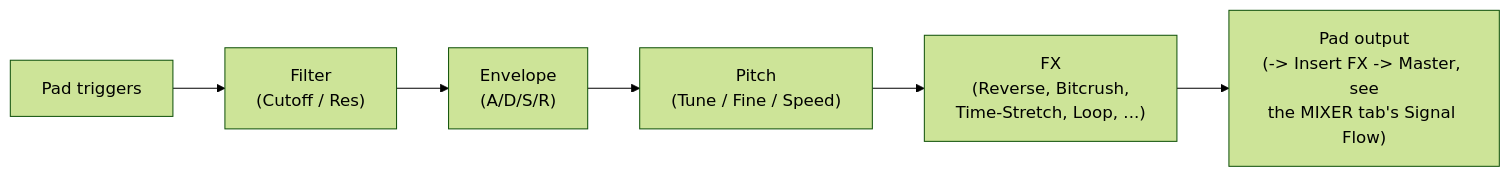
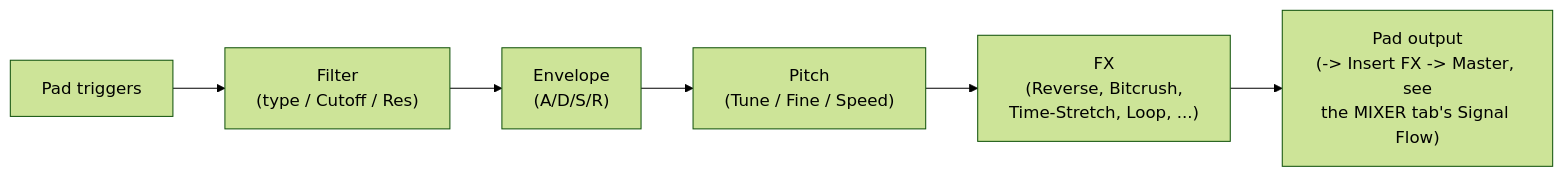
Before and after one commit to edensfrequency/boom-bap-producer-pads: the diagram in docs/usage/modules/dsp-controls/dsp-controls.md, drawn with Mermaid (forest theme). The commit also changed other lines of this file and 20 other files, not shown here.

````diff
--- a/docs/usage/modules/dsp-controls/dsp-controls.md
+++ b/docs/usage/modules/dsp-controls/dsp-controls.md
@@ -16,4 +16,4 @@
 ```mermaid
 flowchart LR
-    T["Pad triggers"] --> F["Filter\n(Cutoff / Res)"] --> E["Envelope\n(A/D/S/R)"] --> P["Pitch\n(Tune / Fine / Speed)"] --> X["FX\n(Reverse, Bitcrush,\nTime-Stretch, Loop, ...)"] --> O["Pad output\n(-> Insert FX -> Master, see\nthe MIXER tab's Signal Flow)"]
+    T["Pad triggers"] --> F["Filter\n(type / Cutoff / Res)"] --> E["Envelope\n(A/D/S/R)"] --> P["Pitch\n(Tune / Fine / Speed)"] --> X["FX\n(Reverse, Bitcrush,\nTime-Stretch, Loop, ...)"] --> O["Pad output\n(-> Insert FX -> Master, see\nthe MIXER tab's Signal Flow)"]
 ```
````
